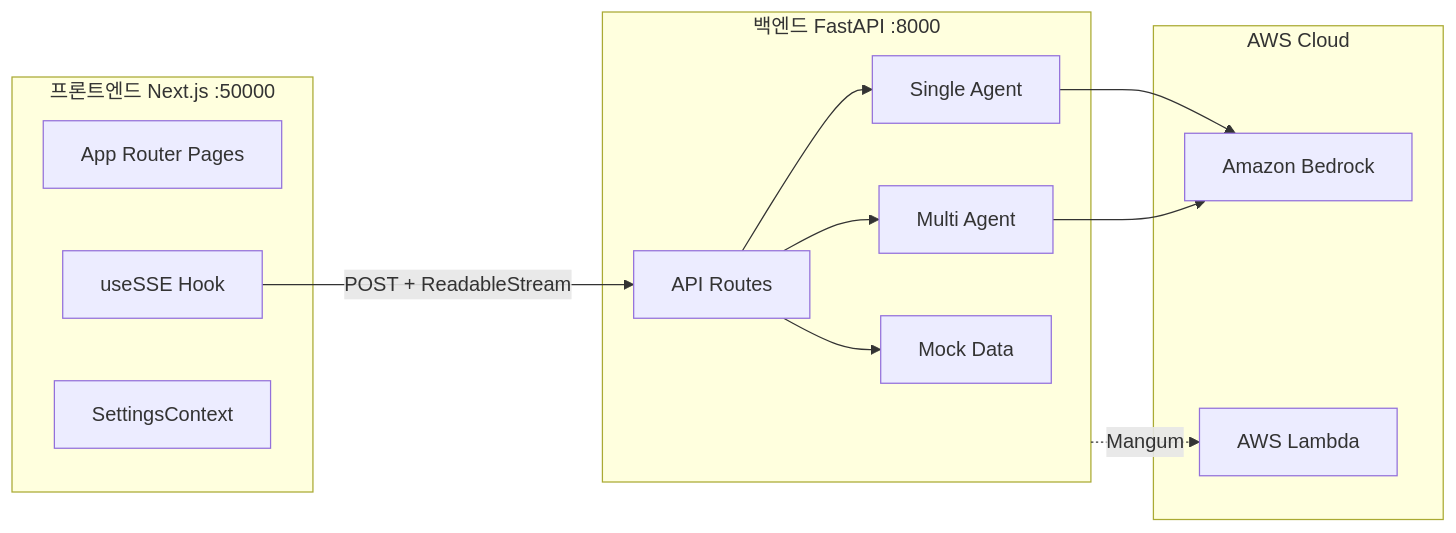
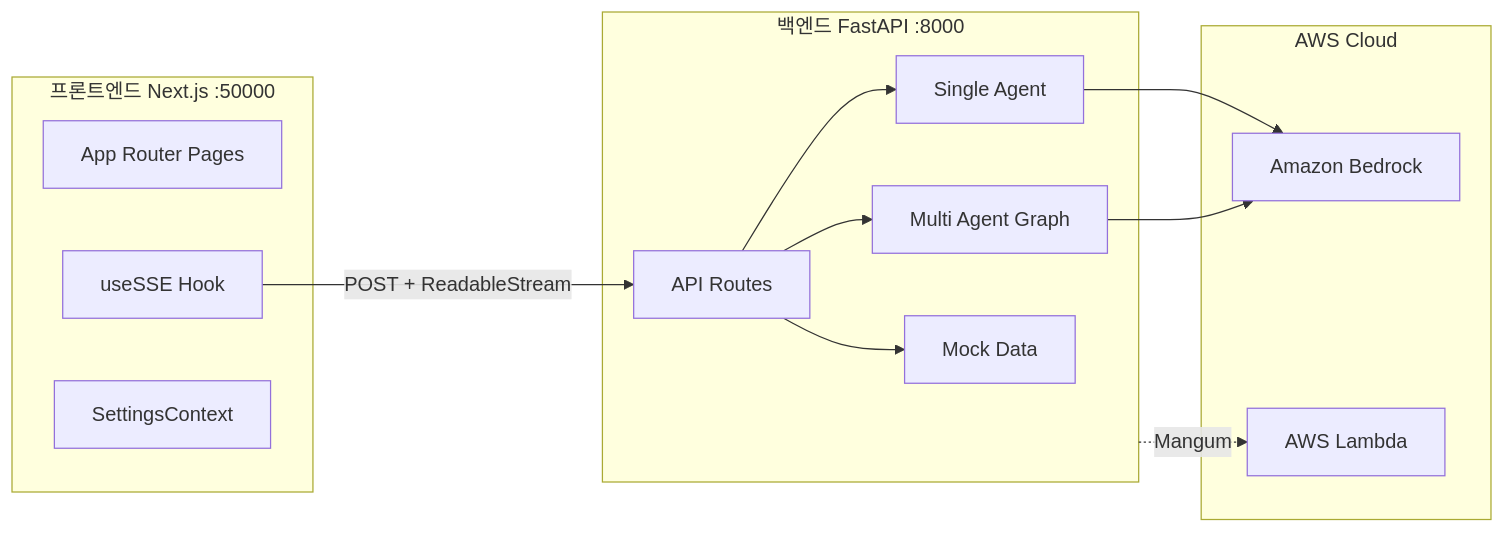
One commit to alipeople/aws-ai-poc-1 changed the diagram in docs/decisions/02-architecture.md. Above: the diagram before and after it, drawn with Mermaid. The commit also changed other lines of this file and 10 other files, not shown here.

First line of the commit message:
feat: add Spam Checker sub-agent to multi-agent Graph pipeline

````diff
--- a/docs/decisions/02-architecture.md
+++ b/docs/decisions/02-architecture.md
@@ -19,25 +19,25 @@
 ```mermaid
 flowchart LR
     subgraph FE[프론트엔드 Next.js :50000]
         Pages[App Router Pages]
         Hook[useSSE Hook]
         Ctx[SettingsContext]
     end
     subgraph BE[백엔드 FastAPI :8000]
         Routes[API Routes]
         SingleSvc[Single Agent]
-        MultiSvc[Multi Agent]
+        MultiSvc[Multi Agent Graph]
         Mock[Mock Data]
     end
     subgraph AWS[AWS Cloud]
         Bedrock[Amazon Bedrock]
         Lambda[AWS Lambda]
     end
     Hook -->|POST + ReadableStream| Routes
     Routes --> SingleSvc
     Routes --> MultiSvc
     Routes --> Mock
     SingleSvc --> Bedrock
     MultiSvc --> Bedrock
     BE -.->|Mangum| Lambda
 ```
````
